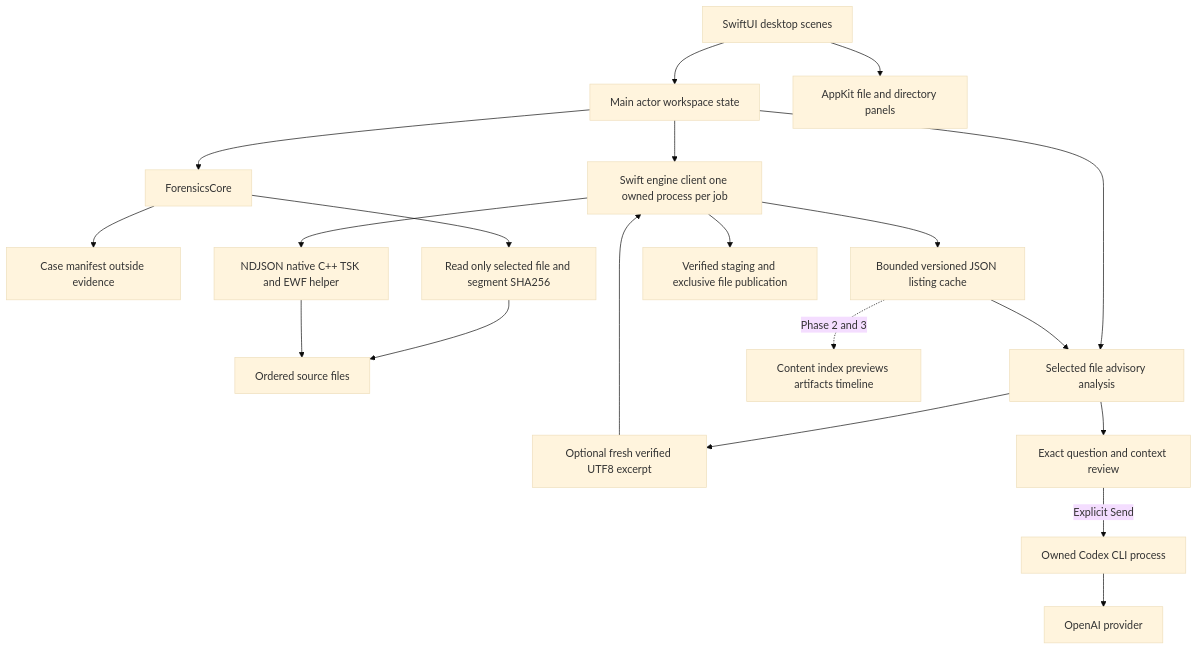
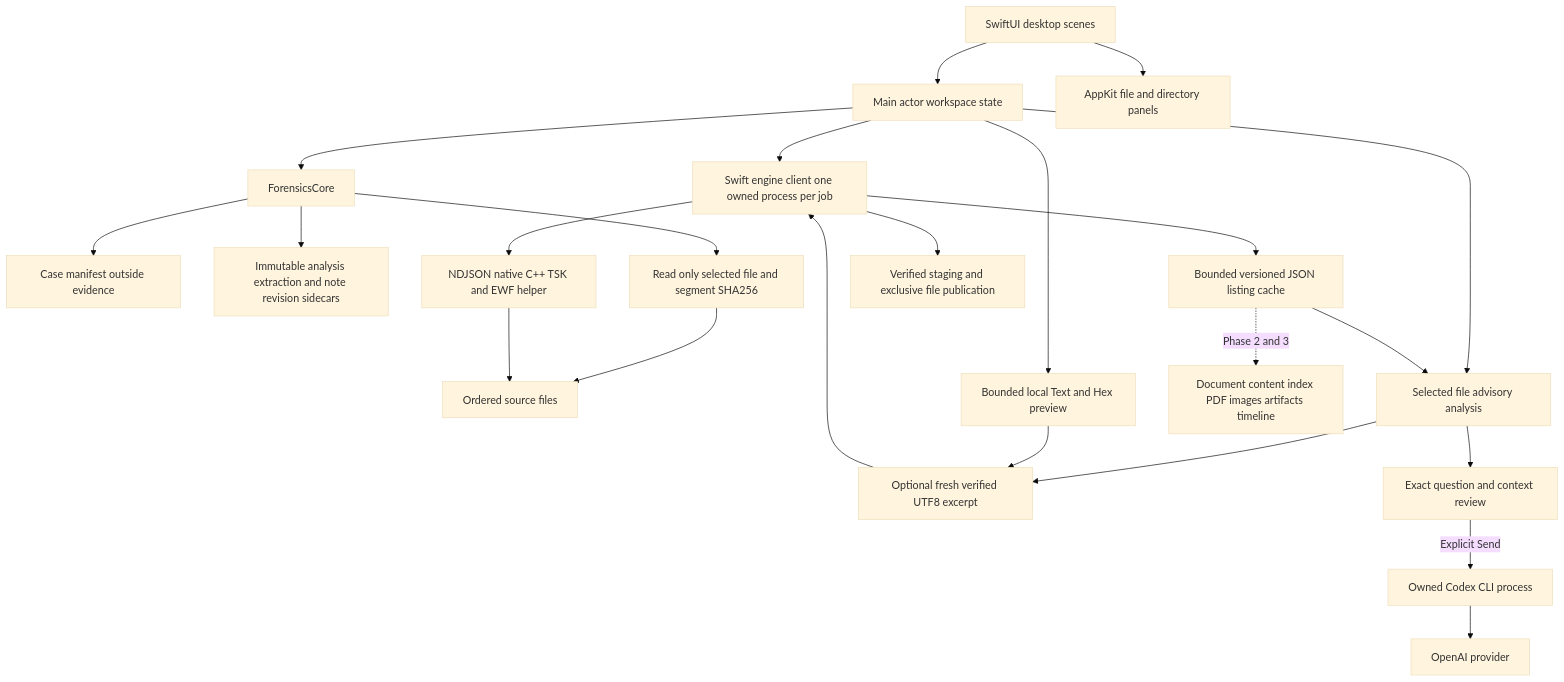
One commit to Pornmongkolnano/native-forensics changed the diagram in docs/ARCHITECTURE.md. Above: the diagram before and after it, drawn with Mermaid (base theme). The commit also changed 7 other files, not shown here.

````diff
--- a/docs/ARCHITECTURE.md
+++ b/docs/ARCHITECTURE.md
@@ -7,22 +7,25 @@
 ```mermaid
 flowchart TD
     UI[SwiftUI desktop scenes] --> Store[Main actor workspace state]
     UI --> Panels[AppKit file and directory panels]
     Store --> Core[ForensicsCore]
     Core --> Manifest[Case manifest outside evidence]
+    Core --> Work[Immutable analysis extraction and note revision sidecars]
     Core --> Hash[Read only selected file and segment SHA256]
     Hash --> Evidence[Ordered source files]
     Store --> Client[Swift engine client one owned process per job]
     Client --> Helper[NDJSON native C++ TSK and EWF helper]
     Helper --> Evidence
     Client --> Results[Bounded versioned JSON listing cache]
     Client --> Export[Verified staging and exclusive file publication]
     Store --> Assistant[Selected file advisory analysis]
     Results --> Assistant
     Assistant --> Content[Optional fresh verified UTF8 excerpt]
     Content --> Client
+    Store --> Preview[Bounded local Text and Hex preview]
+    Preview --> Content
     Assistant --> Review[Exact question and context review]
     Review -->|Explicit Send| Codex[Owned Codex CLI process]
     Codex --> Provider[OpenAI provider]
-    Results -. Phase 2 and 3 .-> Index[Content index previews artifacts timeline]
+    Results -. Phase 2 and 3 .-> Index[Document content index PDF images artifacts timeline]
 ```
````
